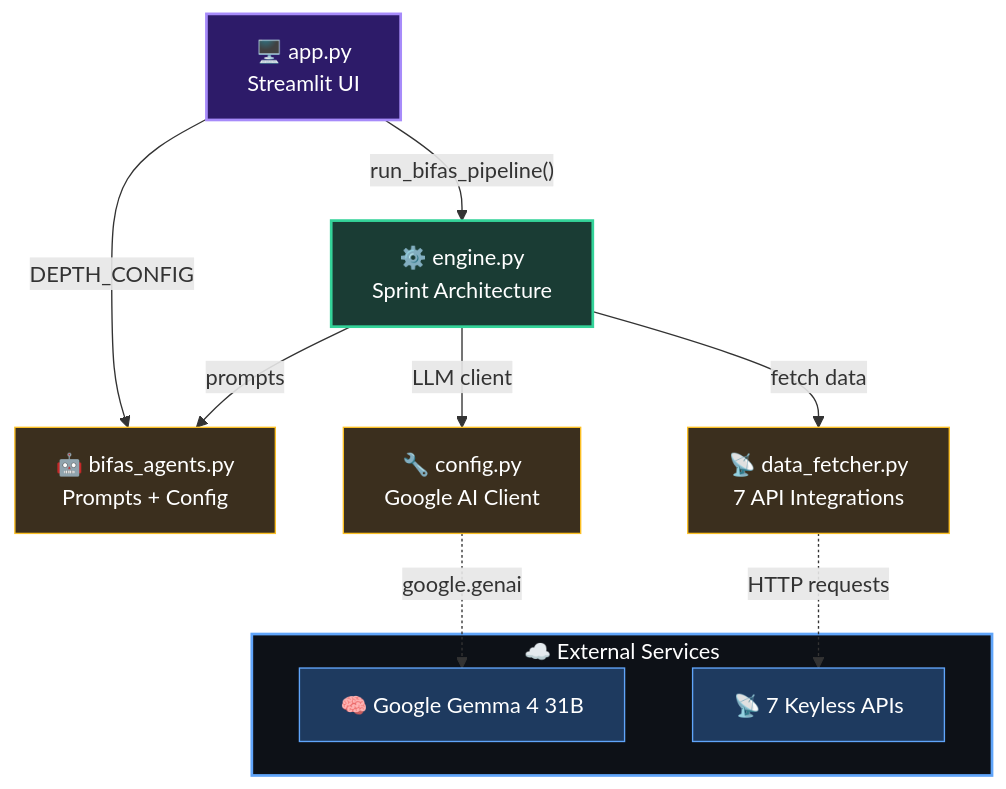
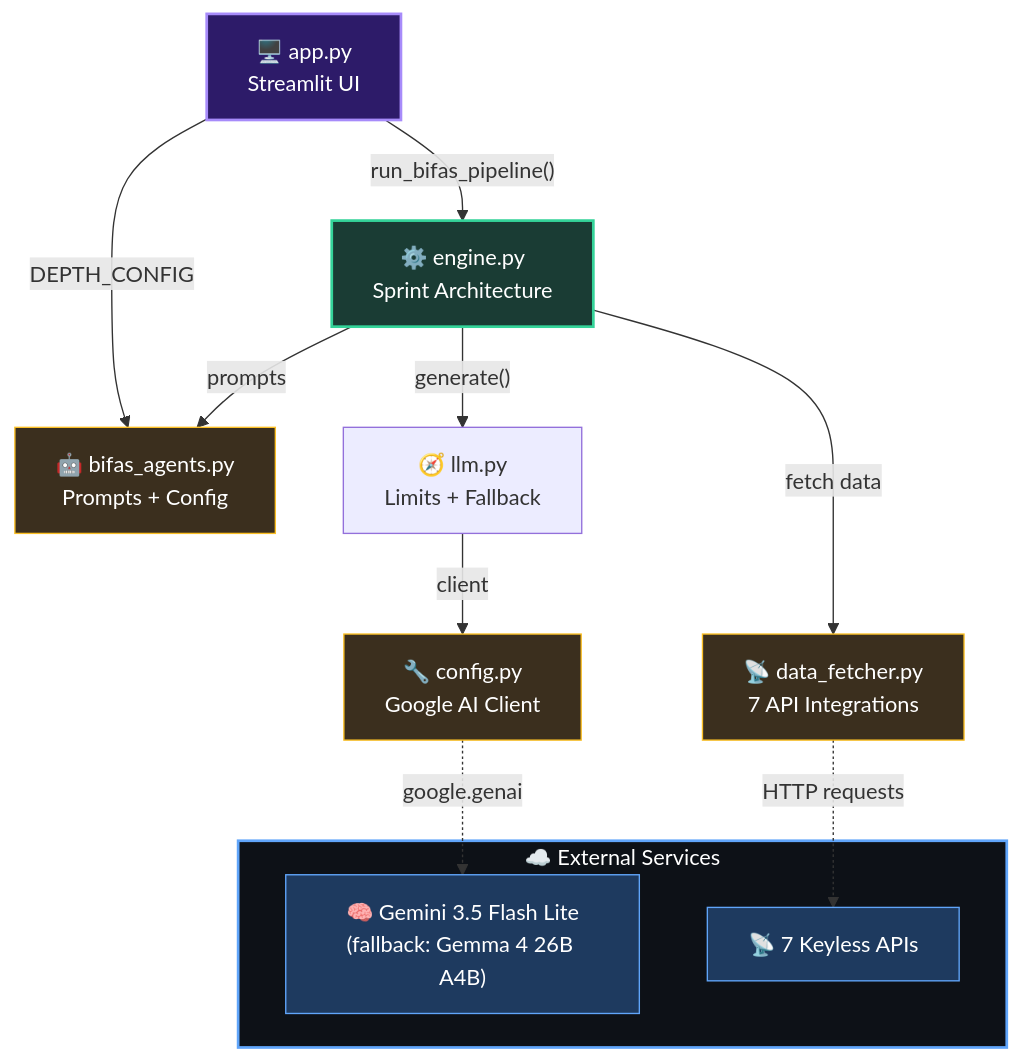
Before and after one commit to p04pranav/BIFAS: the third of 3 diagrams in README.md, drawn with Mermaid. The commit also changed other lines of this file and 2 other files, not shown here.

First line of the commit message:
docs: update README and test report for v7.0 Flash Lite

````diff
--- a/README.md
+++ b/README.md
@@ -175,31 +176,32 @@
 ```mermaid
 graph TD
     APP["🖥️ app.py<br/>Streamlit UI"]
     ENG["⚙️ engine.py<br/>Sprint Architecture"]
     AGT["🤖 bifas_agents.py<br/>Prompts + Config"]
     DAT["📡 data_fetcher.py<br/>7 API Integrations"]
     CFG["🔧 config.py<br/>Google AI Client"]
 
     APP -->|"run_bifas_pipeline()"| ENG
     APP -->|"DEPTH_CONFIG"| AGT
     ENG -->|"prompts"| AGT
     ENG -->|"fetch data"| DAT
-    ENG -->|"LLM client"| CFG
+    ENG -->|"generate()"| LLM["🧭 llm.py<br/>Limits + Fallback"]
+    LLM -->|"client"| CFG
 
     subgraph External["☁️ External Services"]
-        GEMMA["🧠 Google Gemma 4 31B"]
+        GEMMA["🧠 Gemini 3.5 Flash Lite<br/>(fallback: Gemma 4 26B A4B)"]
         APIS["📡 7 Keyless APIs"]
     end
 
     CFG -.->|"google.genai"| GEMMA
     DAT -.->|"HTTP requests"| APIS
 
     style APP fill:#2d1b69,stroke:#a78bfa,stroke-width:2px,color:#fff
     style ENG fill:#1a3c34,stroke:#34d399,stroke-width:2px,color:#fff
     style AGT fill:#3b2f1e,stroke:#fbbf24,stroke-width:1px,color:#fff
     style DAT fill:#3b2f1e,stroke:#fbbf24,stroke-width:1px,color:#fff
     style CFG fill:#3b2f1e,stroke:#fbbf24,stroke-width:1px,color:#fff
     style External fill:#0d1117,stroke:#60a5fa,stroke-width:2px,color:#fff
     style GEMMA fill:#1e3a5f,stroke:#60a5fa,stroke-width:1px,color:#fff
     style APIS fill:#1e3a5f,stroke:#60a5fa,stroke-width:1px,color:#fff
 ```
````
